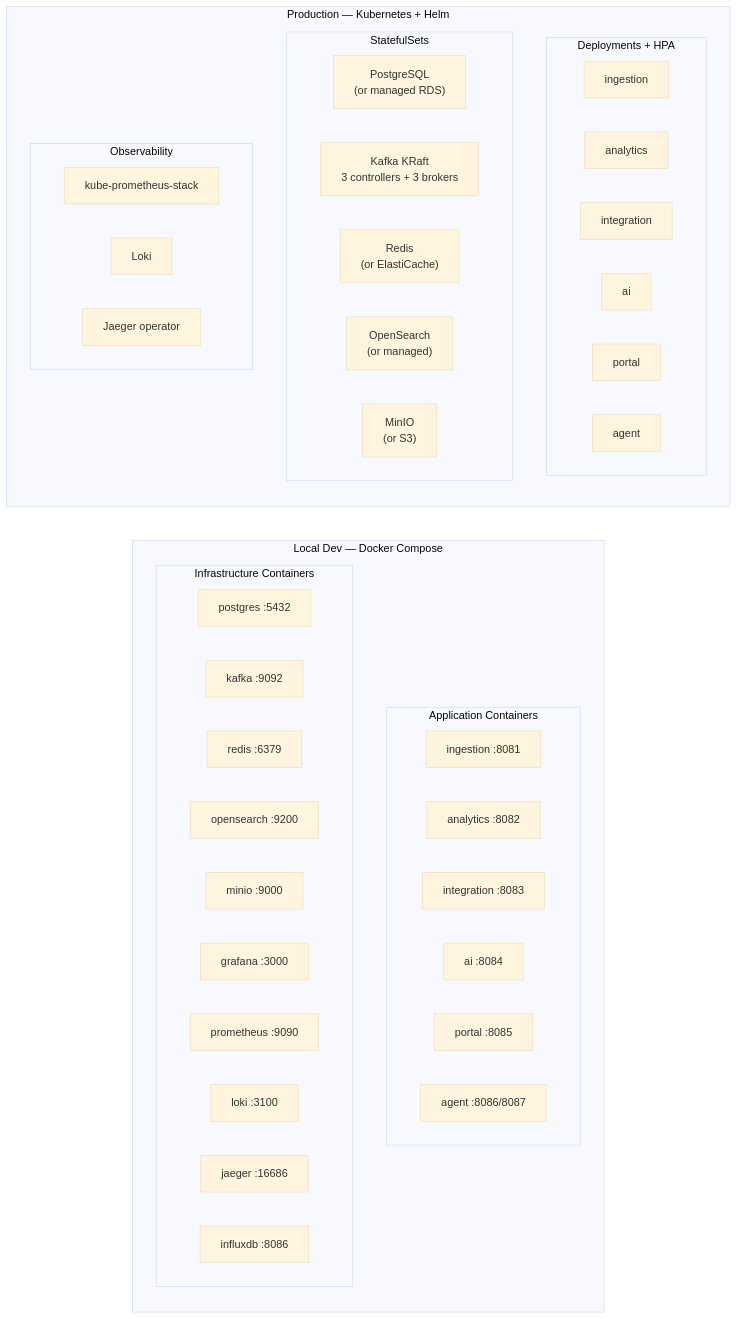
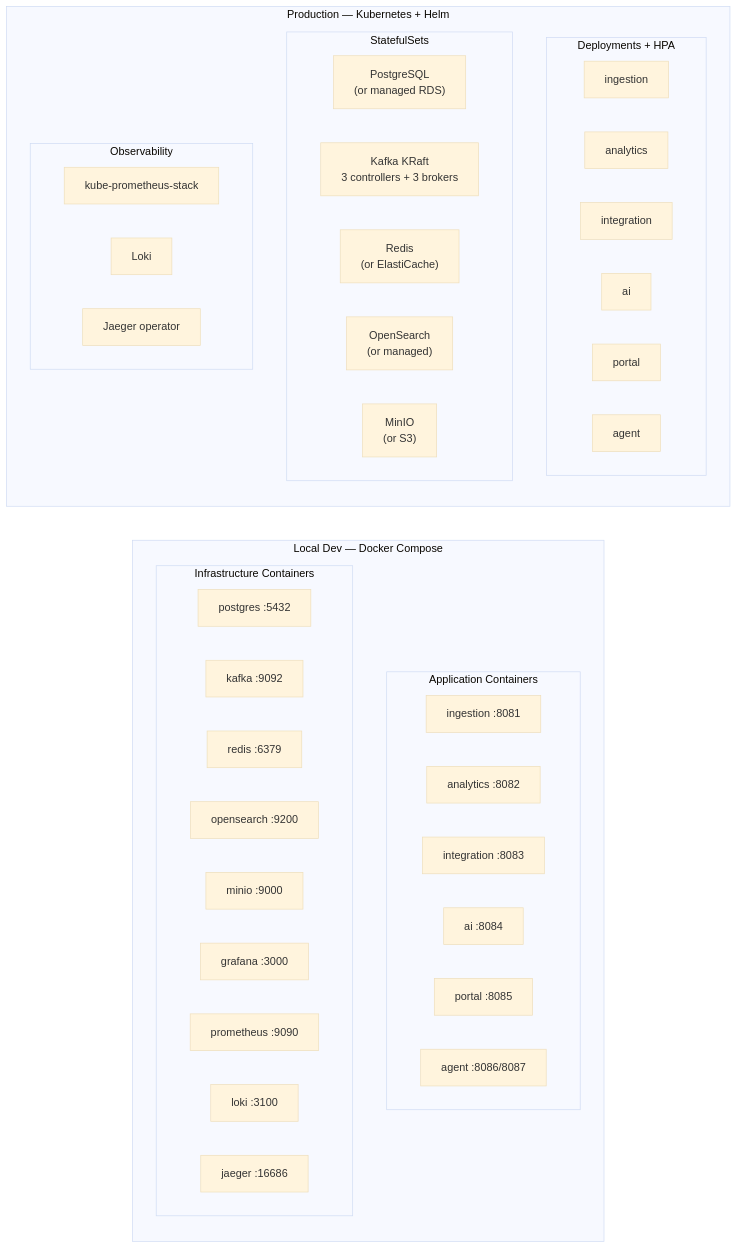
Before and after one commit to NDViet/test-automation-platform: the tenth of 13 diagrams in docs/system-architecture-current.md, drawn with Mermaid (base theme). The commit also changed other lines of this file and 42 other files, not shown here.

````diff
--- a/docs/system-architecture-current.md
+++ b/docs/system-architecture-current.md
@@ -557,55 +555,54 @@
 ```mermaid
 flowchart LR
     subgraph LOCAL["Local Dev — Docker Compose"]
         direction TB
         subgraph APP_LOCAL["Application Containers"]
             direction LR
             ING_L["ingestion :8081"]
             ANA_L["analytics :8082"]
             INT_L["integration :8083"]
             AI_L["ai :8084"]
             POR_L["portal :8085"]
             AGT_L["agent :8086/8087"]
         end
         subgraph INFRA_LOCAL["Infrastructure Containers"]
             direction LR
             PG_L["postgres :5432"]
             KF_L["kafka :9092"]
             RD_L["redis :6379"]
             OS_L["opensearch :9200"]
             MN_L["minio :9000"]
             GF_L["grafana :3000"]
             PR_L["prometheus :9090"]
             LK_L["loki :3100"]
             JG_L["jaeger :16686"]
-            IDB_L["influxdb :8086"]
         end
     end
 
     subgraph K8S["Production — Kubernetes + Helm"]
         direction TB
         subgraph WORKLOADS["Deployments + HPA"]
             direction LR
             ING_K["ingestion"]
             ANA_K["analytics"]
             INT_K["integration"]
             AI_K["ai"]
             POR_K["portal"]
             AGT_K["agent"]
         end
         subgraph STATEFUL["StatefulSets"]
             direction LR
             PG_K["PostgreSQL<br/>(or managed RDS)"]
             KF_K["Kafka KRaft<br/>3 controllers + 3 brokers"]
             RD_K["Redis<br/>(or ElastiCache)"]
             OS_K["OpenSearch<br/>(or managed)"]
             MN_K["MinIO<br/>(or S3)"]
         end
         subgraph OBS_K["Observability"]
             direction LR
             KPS["kube-prometheus-stack"]
             LOKI_K["Loki"]
             JAEGER_K["Jaeger operator"]
         end
     end
 ```
````
